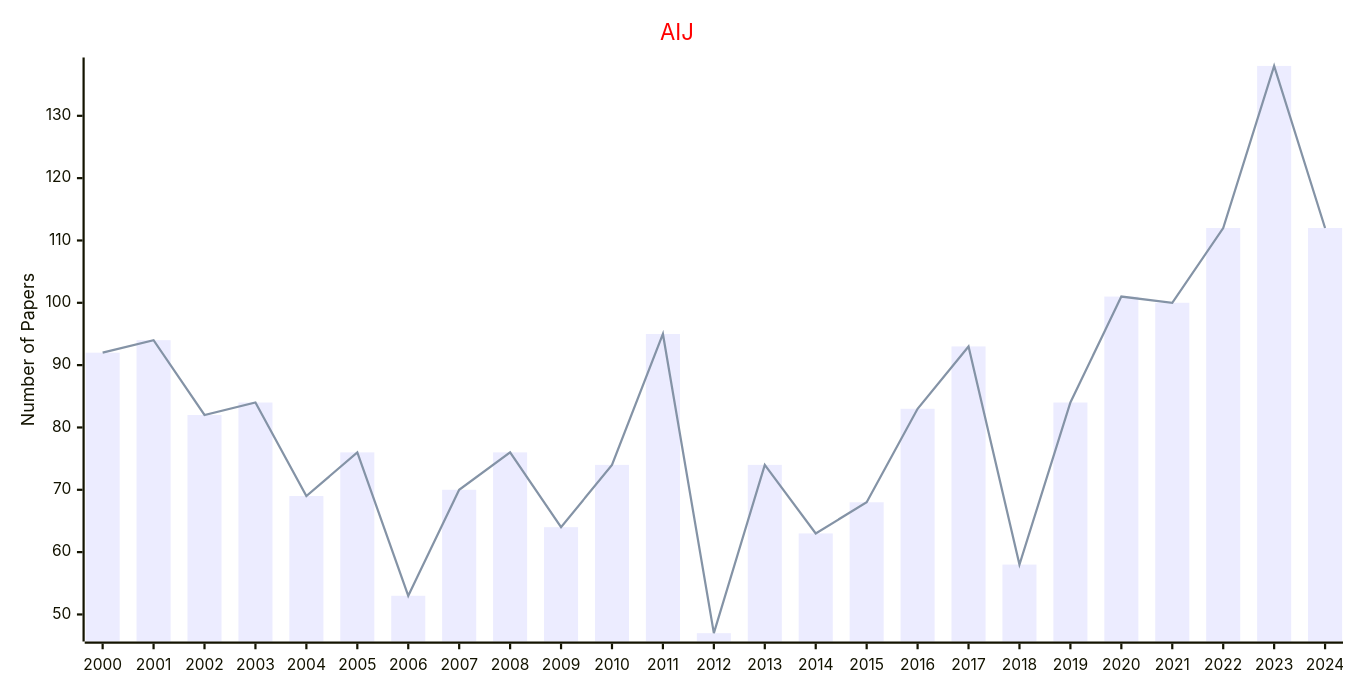
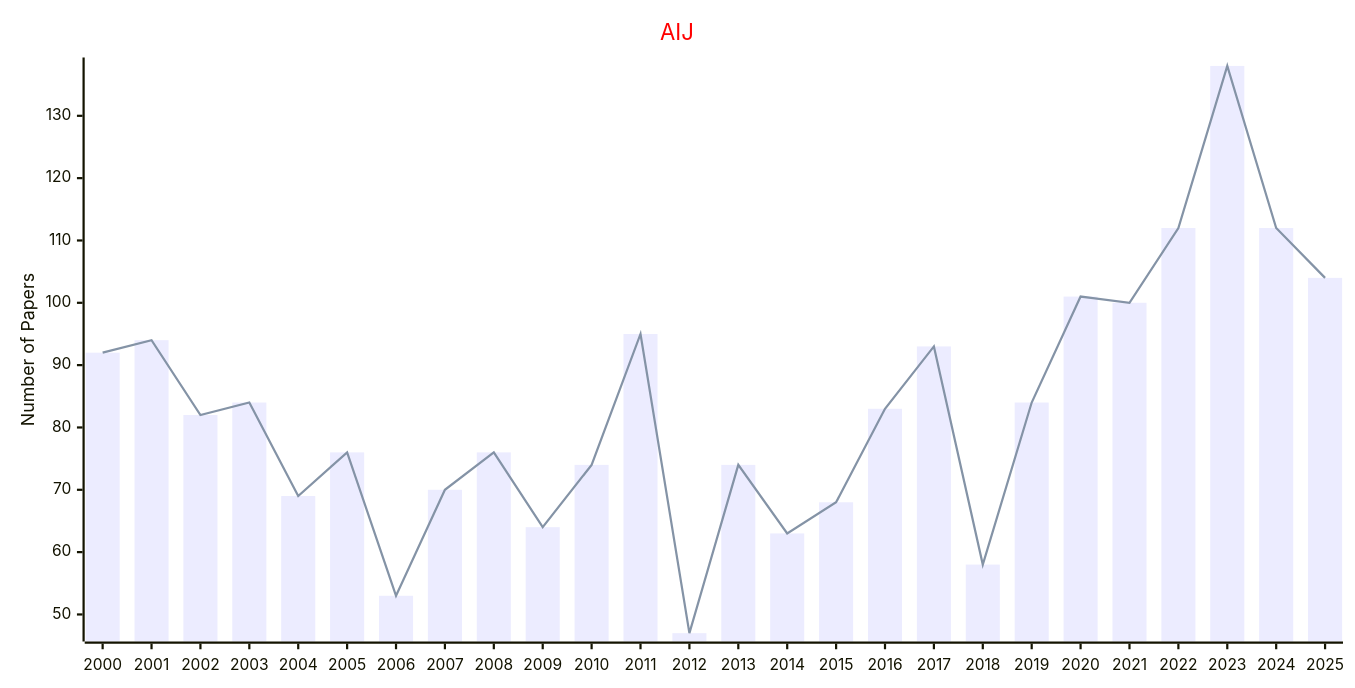
One commit to Easy-PhD/AILinks changed the second of 27 diagrams in docs/data/Journals/Statistics_Journals/Artificial_Intelligence.md. Above: the diagram before and after it, drawn with Mermaid. The commit also changed other lines of this file and 107 other files, not shown here.

````diff
--- a/docs/data/Journals/Statistics_Journals/Artificial_Intelligence.md
+++ b/docs/data/Journals/Statistics_Journals/Artificial_Intelligence.md
@@ -33,17 +33,17 @@
 ```mermaid
 ---
 config:
     xyChart:
         width: 1200
         height: 600
     themeVariables:
         xyChart:
             titleColor: "#ff0000"
 ---
 xychart-beta
     title "AIJ"
-    x-axis [2000, 2001, 2002, 2003, 2004, 2005, 2006, 2007, 2008, 2009, 2010, 2011, 2012, 2013, 2014, 2015, 2016, 2017, 2018, 2019, 2020, 2021, 2022, 2023, 2024]
+    x-axis [2000, 2001, 2002, 2003, 2004, 2005, 2006, 2007, 2008, 2009, 2010, 2011, 2012, 2013, 2014, 2015, 2016, 2017, 2018, 2019, 2020, 2021, 2022, 2023, 2024, 2025]
     y-axis "Number of Papers"
-    bar [92, 94, 82, 84, 69, 76, 53, 70, 76, 64, 74, 95, 47, 74, 63, 68, 83, 93, 58, 84, 101, 100, 112, 138, 112]
-    line [92, 94, 82, 84, 69, 76, 53, 70, 76, 64, 74, 95, 47, 74, 63, 68, 83, 93, 58, 84, 101, 100, 112, 138, 112]
+    bar [92, 94, 82, 84, 69, 76, 53, 70, 76, 64, 74, 95, 47, 74, 63, 68, 83, 93, 58, 84, 101, 100, 112, 138, 112, 104]
+    line [92, 94, 82, 84, 69, 76, 53, 70, 76, 64, 74, 95, 47, 74, 63, 68, 83, 93, 58, 84, 101, 100, 112, 138, 112, 104]
 ```
````
